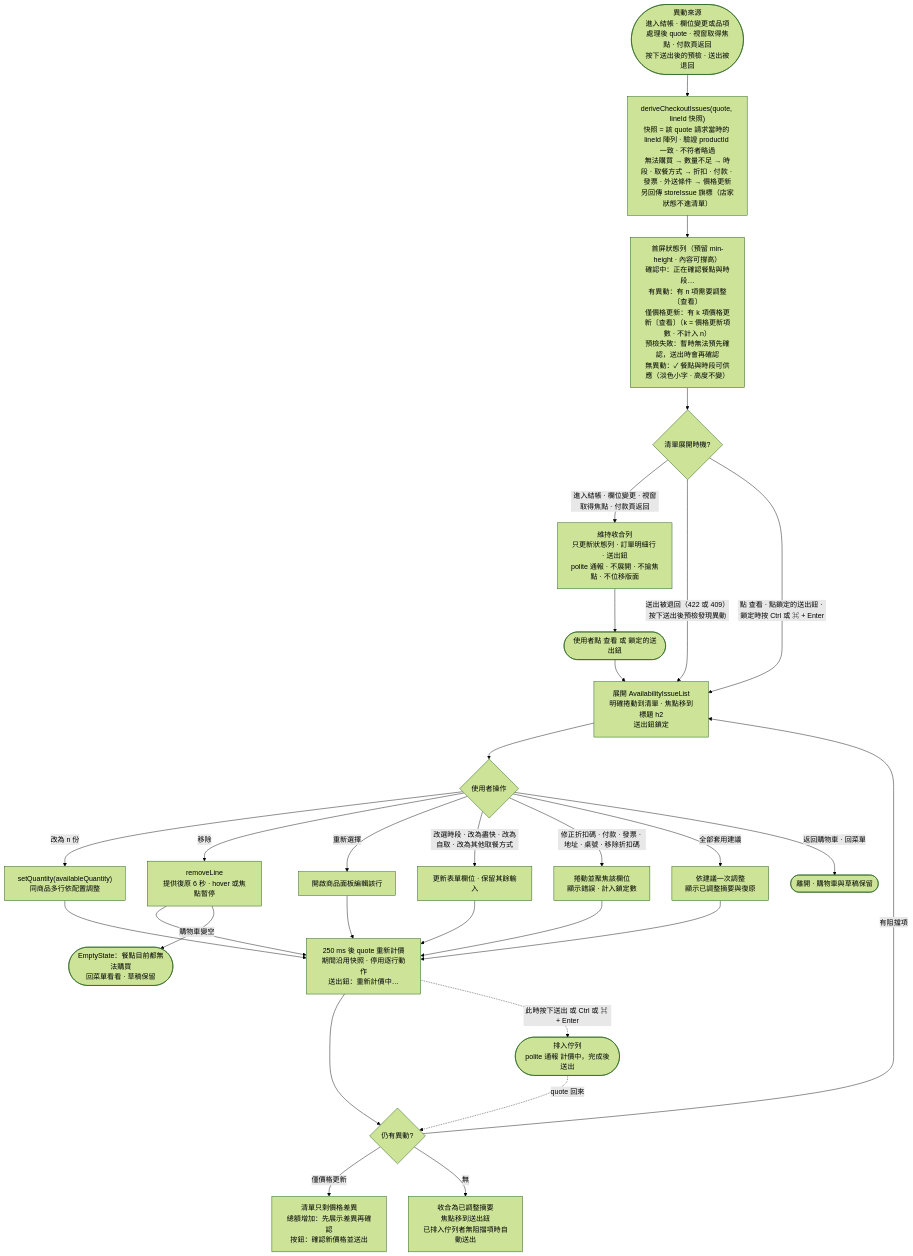
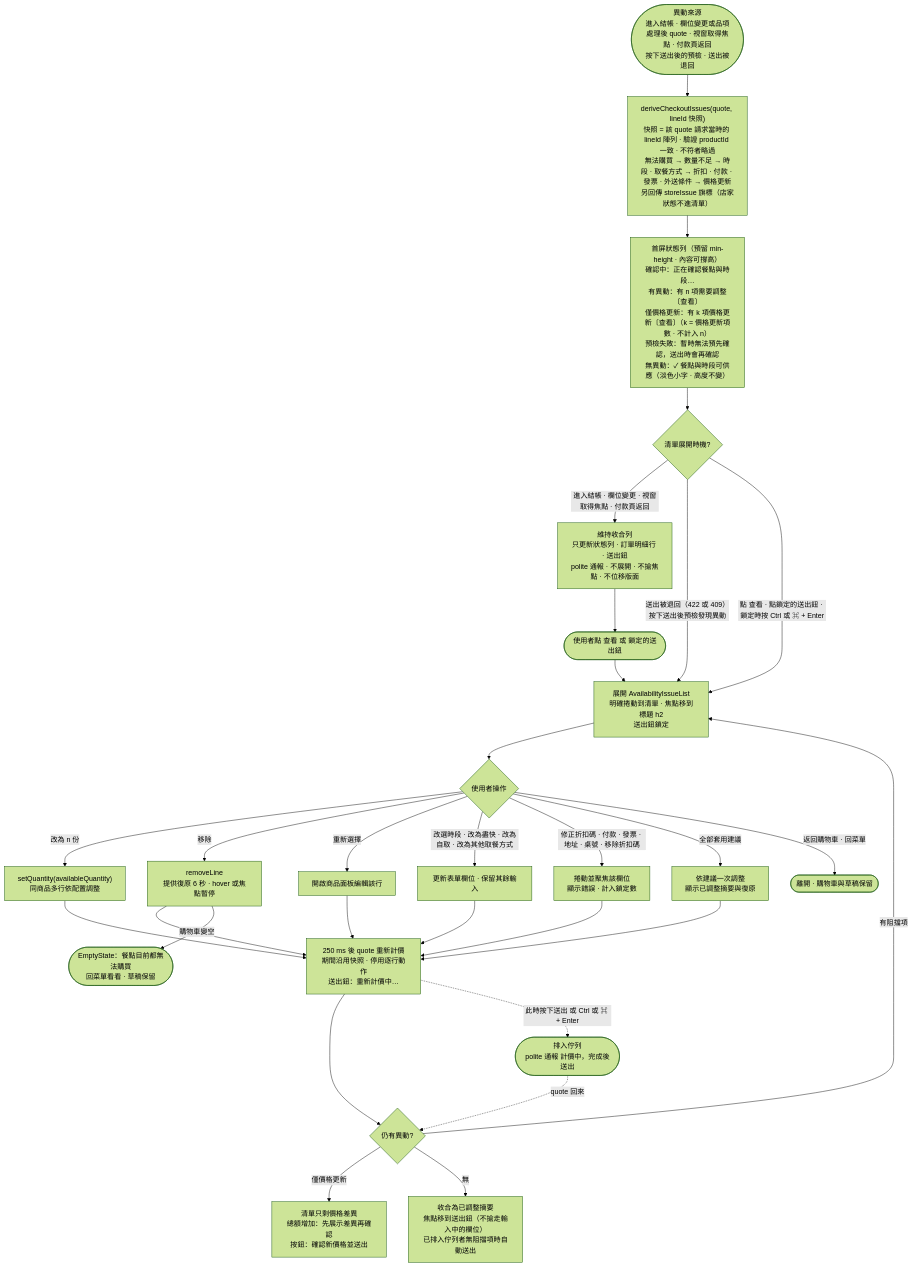
One commit to roycecole/zaiorderv2-Demo changed diagram 27 of 29 in docs/02-flows.md. Above: the diagram before and after it, drawn with Mermaid (forest theme). The commit also changed other lines of this file and 6 other files, not shown here.

````diff
--- a/docs/02-flows.md
+++ b/docs/02-flows.md
@@ -1102,32 +1102,32 @@
 ```mermaid
 flowchart TD
     A(["異動來源<br/>進入結帳 · 欄位變更或品項處理後 quote · 視窗取得焦點 · 付款頁返回<br/>按下送出後的預檢 · 送出被退回"]) --> B["deriveCheckoutIssues(quote, lineId 快照)<br/>快照 = 該 quote 請求當時的 lineId 陣列 · 驗證 productId 一致 · 不符者略過<br/>無法購買 → 數量不足 → 時段 · 取餐方式 → 折扣 · 付款 · 發票 · 外送條件 → 價格更新<br/>另回傳 storeIssue 旗標（店家狀態不進清單）"]
     B --> BAR["首屏狀態列（預留 min-height · 內容可撐高）<br/>確認中：正在確認餐點與時段…<br/>有異動：有 n 項需要調整〔查看〕<br/>僅價格更新：有 k 項價格更新〔查看〕（k = 價格更新項數 · 不計入 n）<br/>預檢失敗：暫時無法預先確認，送出時會再確認<br/>無異動：✓ 餐點與時段可供應（淡色小字 · 高度不變）"]
     BAR --> C{"清單展開時機?"}
     C -->|"進入結帳 · 欄位變更 · 視窗取得焦點 · 付款頁返回"| C1["維持收合列<br/>只更新狀態列 · 訂單明細行 · 送出鈕<br/>polite 通報 · 不展開 · 不搶焦點 · 不位移版面"]
     C -->|"送出被退回（422 或 409）<br/>按下送出後預檢發現異動"| D
     C -->|"點 查看 · 點鎖定的送出鈕 · 鎖定時按 Ctrl 或 ⌘ + Enter"| D
     C1 --> C2(["使用者點 查看 或 鎖定的送出鈕"])
     C2 --> D
     D["展開 AvailabilityIssueList<br/>明確捲動到清單 · 焦點移到標題 h2<br/>送出鈕鎖定"] --> E{使用者操作}
     E -->|"改為 n 份"| F1["setQuantity(availableQuantity)<br/>同商品多行依配置調整"]
     E -->|移除| F2["removeLine<br/>提供復原 6 秒 · hover 或焦點暫停"]
     E -->|重新選擇| F3[開啟商品面板編輯該行]
     E -->|"改選時段 · 改為盡快 · 改為自取 · 改為其他取餐方式"| F4["更新表單欄位 · 保留其餘輸入"]
     E -->|"修正折扣碼 · 付款 · 發票 · 地址 · 桌號 · 移除折扣碼"| F6["捲動並聚焦該欄位<br/>顯示錯誤 · 計入鎖定數"]
     E -->|全部套用建議| F5["依建議一次調整<br/>顯示已調整摘要與復原"]
     E -->|"返回購物車 · 回菜單"| X(["離開 · 購物車與草稿保留"])
     F1 --> G
     F2 --> G
     F3 --> G
     F4 --> G
     F5 --> G
     F6 --> G
     F2 -->|購物車變空| Z(["EmptyState：餐點目前都無法購買<br/>回菜單看看 · 草稿保留"])
     G["250 ms 後 quote 重新計價<br/>期間沿用快照 · 停用逐行動作<br/>送出鈕：重新計價中…"] --> H{仍有異動?}
     G -.->|"此時按下送出 或 Ctrl 或 ⌘ + Enter"| Q(["排入佇列<br/>polite 通報 計價中，完成後送出"])
     Q -.->|"quote 回來"| H
     H -->|有阻擋項| D
     H -->|"僅價格更新"| I["清單只剩價格差異<br/>總額增加：先展示差異再確認<br/>按鈕：確認新價格並送出"]
-    H -->|無| J["收合為已調整摘要<br/>焦點移到送出鈕<br/>已排入佇列者無阻擋項時自動送出"]
+    H -->|無| J["收合為已調整摘要<br/>焦點移到送出鈕（不搶走輸入中的欄位）<br/>已排入佇列者無阻擋項時自動送出"]
 ```
````
